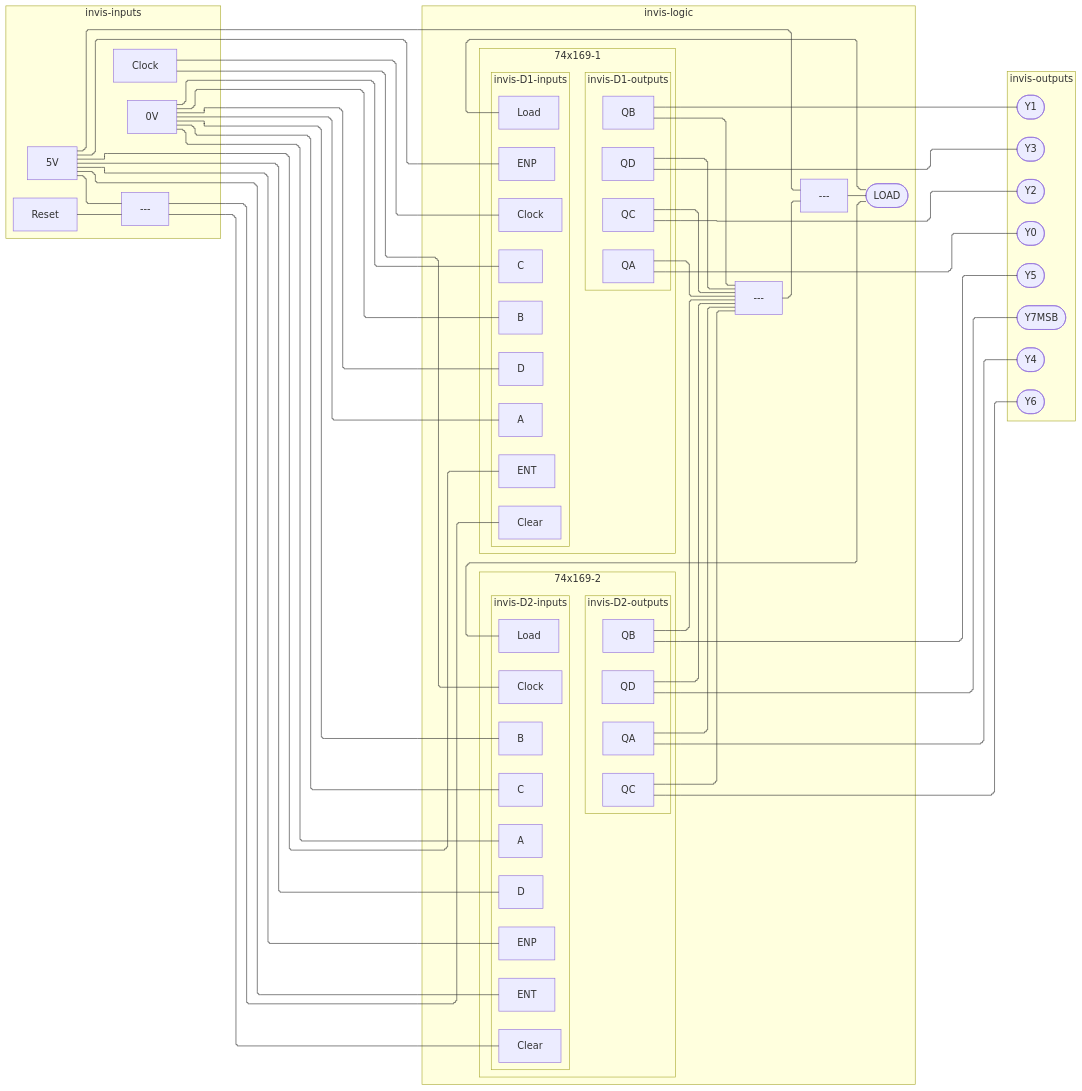
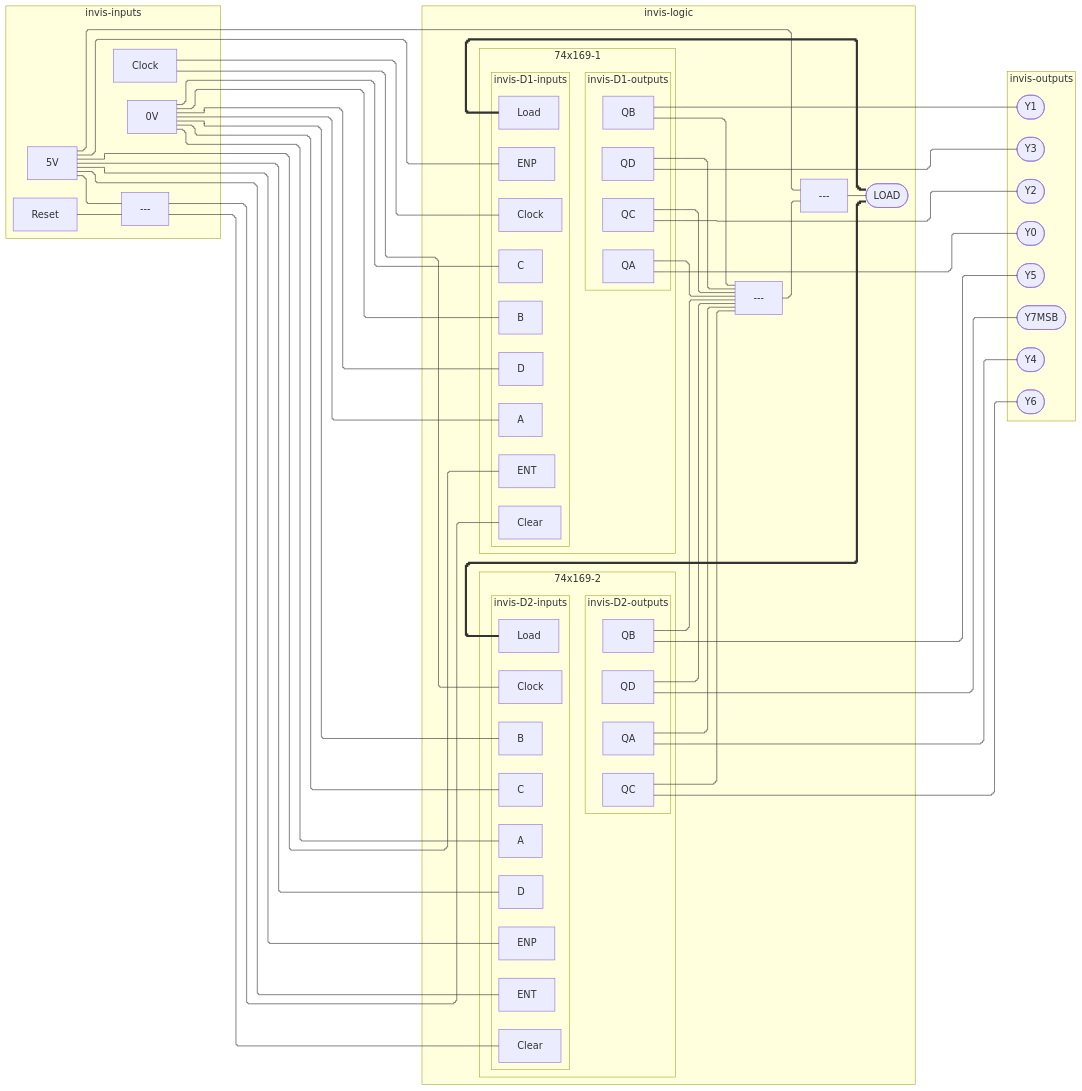
One commit to tnichols217/notes changed the seventh of 7 diagrams in CSDS 281 - Logic Design/HW/8/Tables.md. Above: the diagram before and after it, drawn with Mermaid.

Commit message:
vault backup: 2024-04-05 02:04:51

````diff
--- a/CSDS 281 - Logic Design/HW/8/Tables.md
+++ b/CSDS 281 - Logic Design/HW/8/Tables.md
@@ -327,77 +327,77 @@
 ```mermaid
 %%{ init: { 'flowchart': { 'curve': 'stepBefore', "defaultRenderer": "elk" } } }%%
 flowchart LR
 subgraph invis-inputs
 	Clock
 	5V
 	0V
 	Reset
 	Reset & 5V --- xor1[---]
 end
 subgraph invis-logic
 	subgraph 74x169-1
 		subgraph invis-D1-inputs
 			D1c[Clock]
 			D1CLR[Clear]
 			D1LD[Load]
 			D1ENP[ENP]
 			D1ENT[ENT]
 			D1A[A]
 			D1B[B]
 			D1C[C]
 			D1D[D]
 		end
 		Clock --- D1c
 		xor1 --- D1CLR
 		subgraph invis-D1-outputs
 			Q1A[QA]
 			Q1B[QB]
 			Q1C[QC]
 			Q1D[QD]
 		end
 		invis-D1-inputs ~~~ invis-D1-outputs
 	end
 	subgraph 74x169-2
 		subgraph invis-D2-inputs
 			D2c[Clock]
 			D2CLR[Clear]
 			D2LD[Load]
 			D2ENP[ENP]
 			D2ENT[ENT]
 			D2A[A]
 			D2B[B]
 			D2C[C]
 			D2D[D]
 		end
 		Clock --- D2c
 		xor1 --- D2CLR
 		subgraph invis-D2-outputs
 			Q2A[QA]
 			Q2B[QB]
 			Q2C[QC]
 			Q2D[QD]
 		end
 		invis-D2-inputs ~~~ invis-D2-outputs
 	end
 	5V --- D1ENP & D1ENT
 	5V --- D2ENP & D2ENT
 	Q1A & Q1B & Q1C & Q1D & Q2A & Q2B & Q2C & Q2D
 		--- nor1[---]
 	5V & nor1 --- xor2[---]
 	xor2 --- RLD([LOAD])
-	RLD --- D1LD & D2LD
+	RLD === D1LD & D2LD
 	0V --- D1A & D1B & D1C & D1D & D2A & D2B & D2C
 	5V --- D2D
 end
 subgraph invis-outputs
 	Q1A --- Y0([Y0])
 	Q1B --- Y1([Y1])
 	Q1C --- Y2([Y2])
 	Q1D --- Y3([Y3])
 	Q2A --- Y4([Y4])
 	Q2B --- Y5([Y5])
 	Q2C --- Y6([Y6])
 	Q2D --- Y7([Y7MSB])
 end
 invis-inputs ~~~ invis-logic ~~~ invis-outputs
 ```
````
